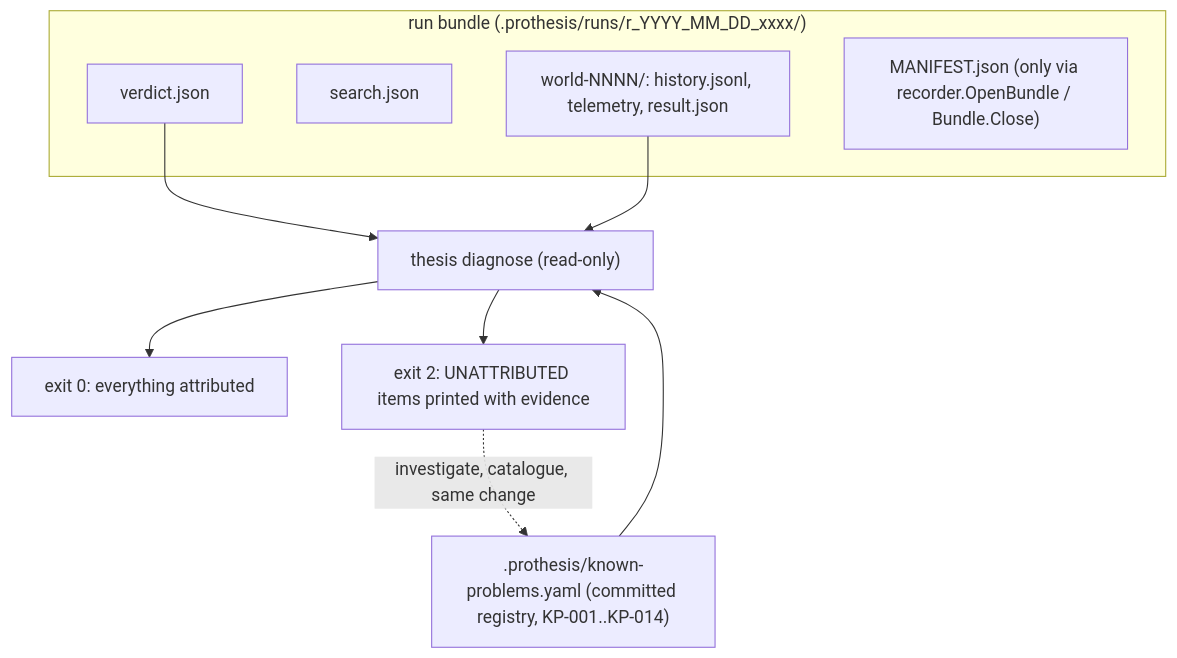
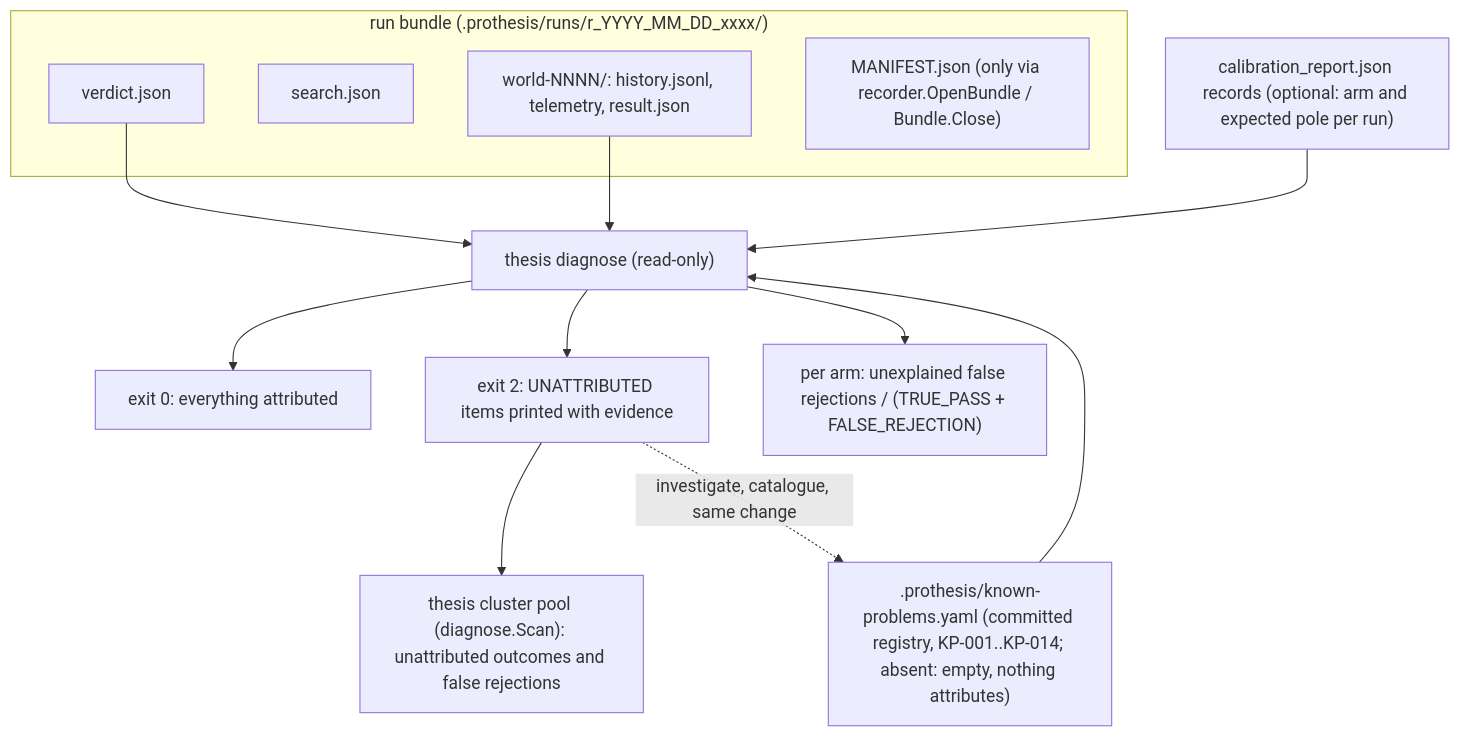
One commit to WrdCstlg/pro-thesis changed the third of 3 diagrams in docs/ARCHITECTURE.md. Above: the diagram before and after it, drawn with Mermaid. The commit also changed other lines of this file and 14 other files, not shown here.

````diff
--- a/docs/ARCHITECTURE.md
+++ b/docs/ARCHITECTURE.md
@@ -88,20 +88,26 @@
 ```mermaid
 flowchart TD
     subgraph Bundle["run bundle (.prothesis/runs/r_YYYY_MM_DD_xxxx/)"]
         VJF["verdict.json"]
         SJF["search.json"]
         W["world-NNNN/: history.jsonl, telemetry, result.json"]
         MF["MANIFEST.json (only via recorder.OpenBundle / Bundle.Close)"]
     end
-    REG[".prothesis/known-problems.yaml (committed registry, KP-001..KP-014)"]
+    REG[".prothesis/known-problems.yaml (committed registry, KP-001..KP-014; absent: empty, nothing attributes)"]
+    CAL["calibration_report.json records (optional: arm and expected pole per run)"]
     DIAG2["thesis diagnose (read-only)"]
     OK["exit 0: everything attributed"]
     RED["exit 2: UNATTRIBUTED items printed with evidence"]
+    FRA["per arm: unexplained false rejections / (TRUE_PASS + FALSE_REJECTION)"]
+    POOL["thesis cluster pool (diagnose.Scan): unattributed outcomes and false rejections"]
 
     VJF --> DIAG2
     W --> DIAG2
     REG --> DIAG2
+    CAL --> DIAG2
     DIAG2 --> OK
     DIAG2 --> RED
+    DIAG2 --> FRA
+    RED --> POOL
     RED -.->|investigate, catalogue, same change| REG
 ```
````
